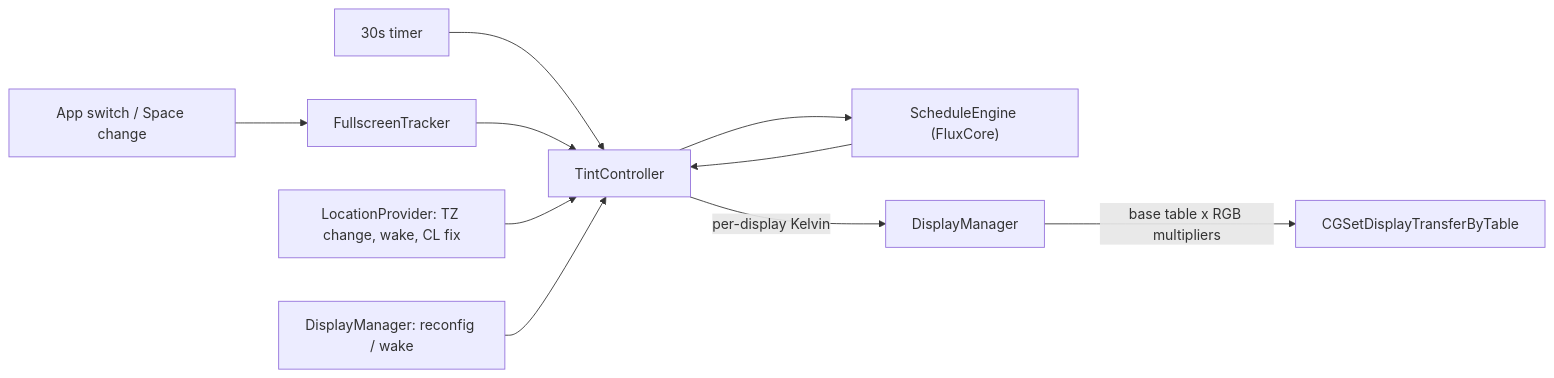
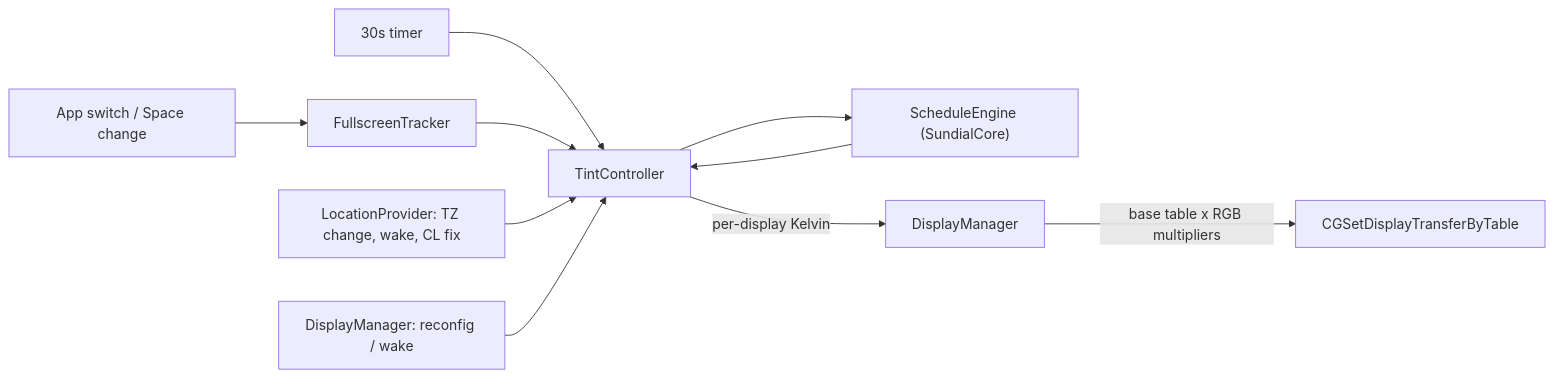
The diagram in docs/ARCHITECTURE.md (mduppes/SolarDial), drawn with Mermaid before and after one commit. The commit also changed other lines of this file and 47 other files, not shown here.

````diff
--- a/docs/ARCHITECTURE.md
+++ b/docs/ARCHITECTURE.md
@@ -72,11 +75,11 @@
 ```mermaid
 flowchart LR
     Tick["30s timer"] --> TC[TintController]
     Notes["App switch / Space change"] --> FS[FullscreenTracker] --> TC
     Loc["LocationProvider: TZ change, wake, CL fix"] --> TC
     Disp["DisplayManager: reconfig / wake"] --> TC
-    TC --> Engine["ScheduleEngine (FluxCore)"]
+    TC --> Engine["ScheduleEngine (SundialCore)"]
     Engine --> TC
     TC -->|"per-display Kelvin"| DM[DisplayManager]
     DM -->|"base table x RGB multipliers"| CG[CGSetDisplayTransferByTable]
 ```
````
